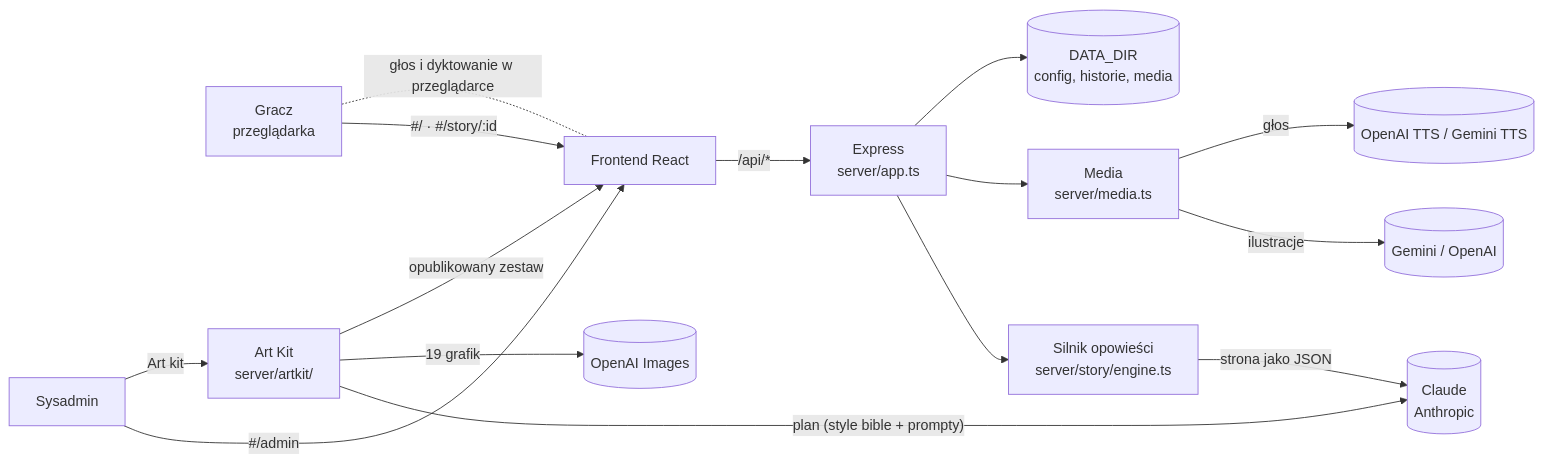
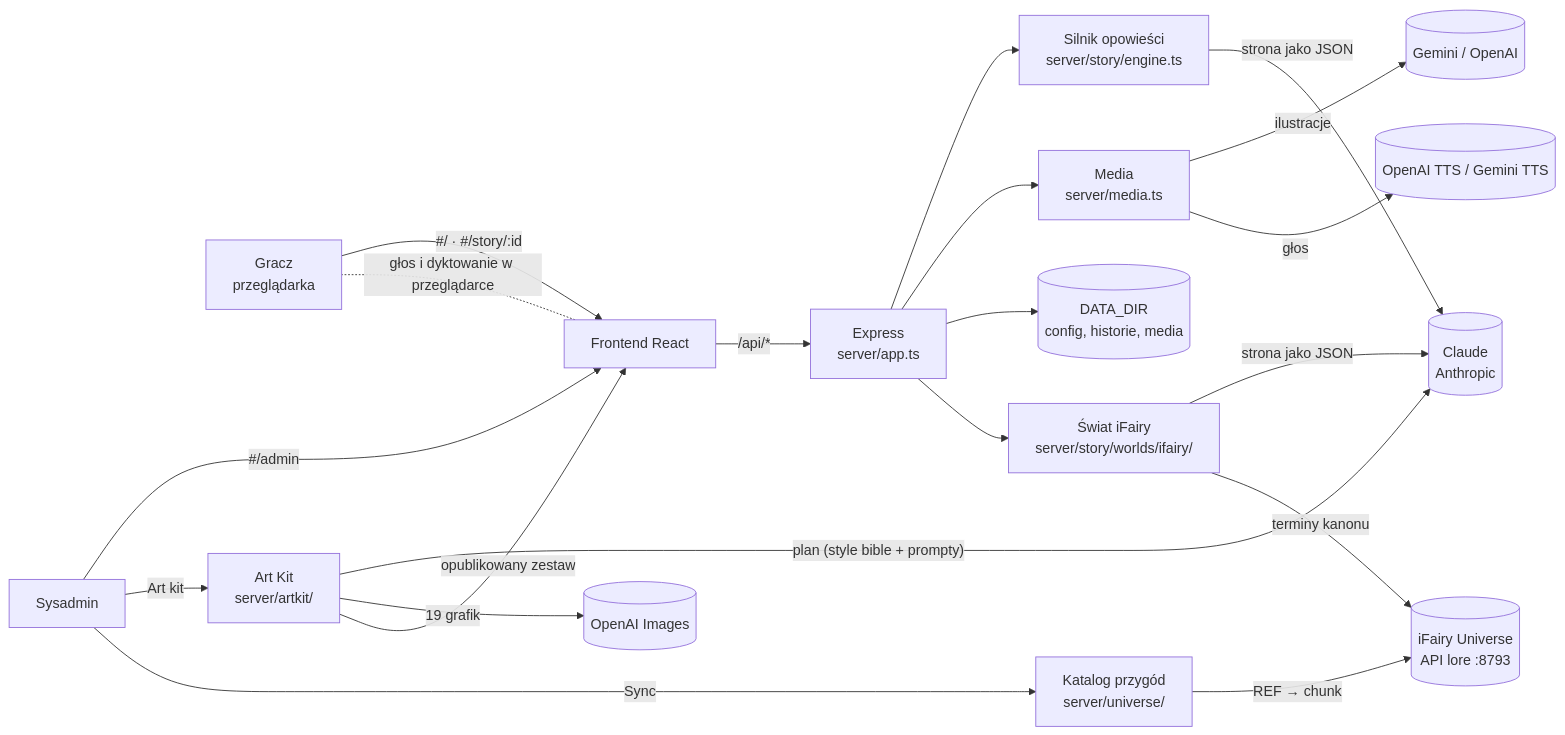
The first of 4 diagrams in docs/ARCHITEKTURA.md (reception-ifairy/book), drawn with Mermaid before and after one commit. The commit also changed other lines of this file and 14 other files, not shown here.

First line of the commit message:
iFairy world in the UI, admin Universe section, docs (v4.3.0)

````diff
--- a/docs/ARCHITEKTURA.md
+++ b/docs/ARCHITEKTURA.md
@@ -7,17 +11,22 @@
 ```mermaid
 flowchart LR
   P[Gracz<br/>przeglądarka] -- "#/ · #/story/:id" --> FE[Frontend React]
   S[Sysadmin] -- "#/admin" --> FE
   FE -- "/api/*" --> API[Express<br/>server/app.ts]
   API --> ENG[Silnik opowieści<br/>server/story/engine.ts]
   ENG -- "strona jako JSON" --> CL[(Claude<br/>Anthropic)]
   API --> MED[Media<br/>server/media.ts]
   MED -- ilustracje --> GI[(Gemini / OpenAI)]
   MED -- głos --> TT[(OpenAI TTS / Gemini TTS)]
   S -- "Art kit" --> AK[Art Kit<br/>server/artkit/]
   AK -- "plan (style bible + prompty)" --> CL
   AK -- "19 grafik" --> OI[(OpenAI Images)]
   AK -- "opublikowany zestaw" --> FE
   API --> FS[(DATA_DIR<br/>config, historie, media)]
+  API --> IF[Świat iFairy<br/>server/story/worlds/ifairy/]
+  IF -- "strona jako JSON" --> CL
+  IF -- "terminy kanonu" --> UV[(iFairy Universe<br/>API lore :8793)]
+  S -- "Sync" --> UC[Katalog przygód<br/>server/universe/]
+  UC -- "REF → chunk" --> UV
   FE -. "głos i dyktowanie w przeglądarce" .- P
 ```
````
